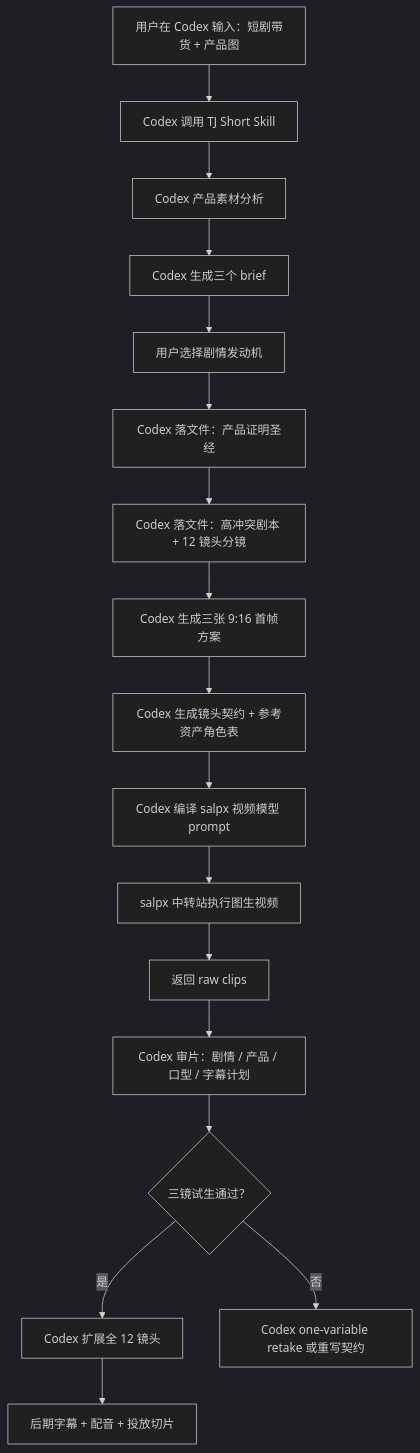
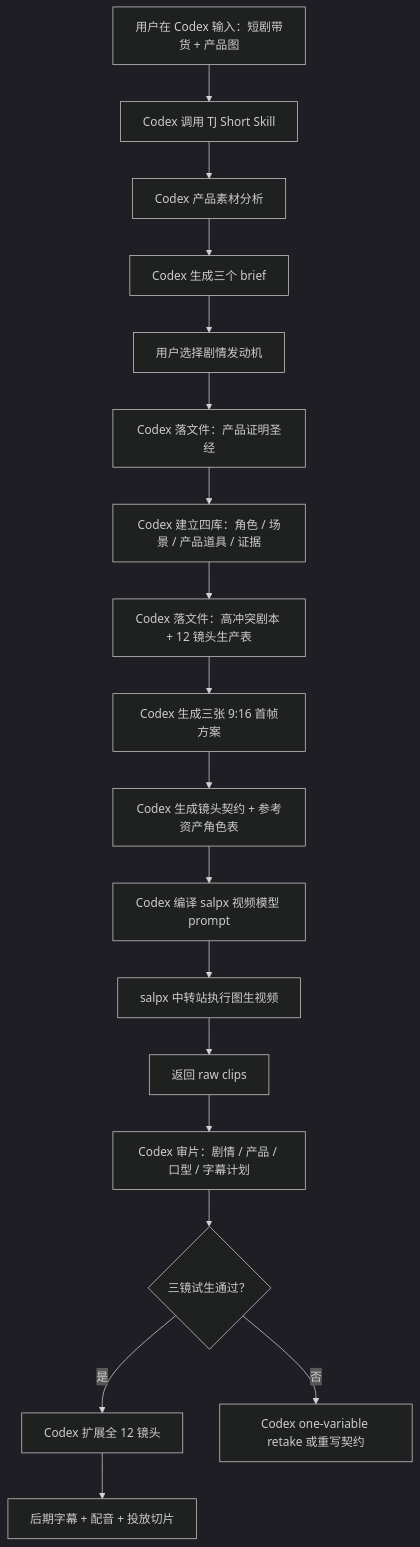
Before and after one commit to tttg2010/tj-short: the diagram in README.md, drawn with Mermaid (dark theme). The commit also changed other lines of this file and 4 other files, not shown here.

````diff
--- a/README.md
+++ b/README.md
@@ -114,19 +115,20 @@
 ```mermaid
 flowchart TD
   A["用户在 Codex 输入：短剧带货 + 产品图"] --> B["Codex 调用 TJ Short Skill"]
   B --> C["Codex 产品素材分析"]
   C --> D["Codex 生成三个 brief"]
   D --> E["用户选择剧情发动机"]
   E --> F["Codex 落文件：产品证明圣经"]
-  F --> G["Codex 落文件：高冲突剧本 + 12 镜头分镜"]
+  F --> R["Codex 建立四库：角色 / 场景 / 产品道具 / 证据"]
+  R --> G["Codex 落文件：高冲突剧本 + 12 镜头生产表"]
   G --> H["Codex 生成三张 9:16 首帧方案"]
   H --> I["Codex 生成镜头契约 + 参考资产角色表"]
   I --> J["Codex 编译 salpx 视频模型 prompt"]
   J --> K["salpx 中转站执行图生视频"]
   K --> L["返回 raw clips"]
   L --> M["Codex 审片：剧情 / 产品 / 口型 / 字幕计划"]
   M --> N{"三镜试生通过？"}
   N -- "是" --> O["Codex 扩展全 12 镜头"]
   N -- "否" --> P["Codex one-variable retake 或重写契约"]
   O --> Q["后期字幕 + 配音 + 投放切片"]
 ```
````
